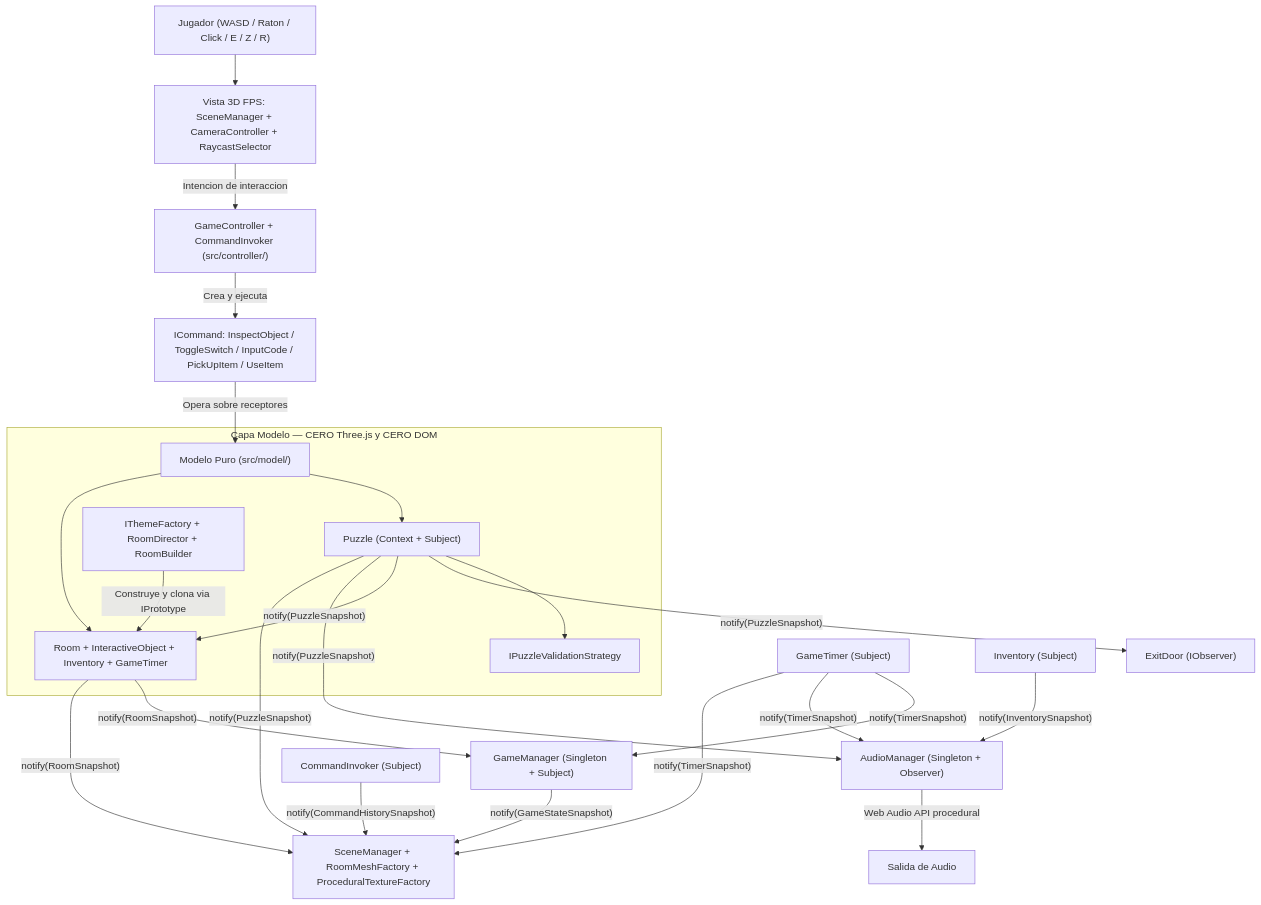
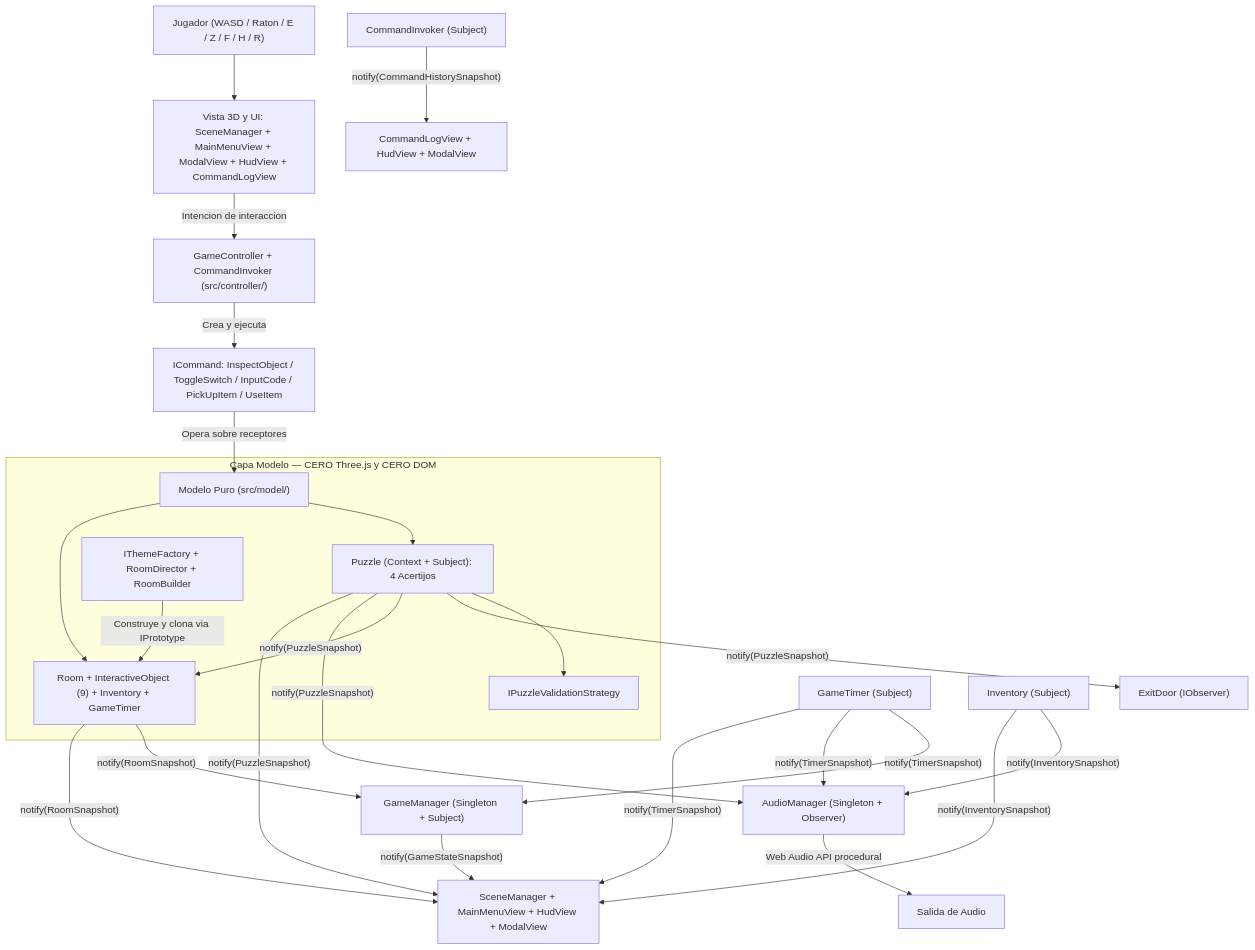
The first of 3 diagrams in docs/ARCHITECTURE.md (Pol-Codificador/escapate-3d-to), drawn with Mermaid before and after one commit. The commit also changed other lines of this file and 27 other files, not shown here.

Commit message:
feat: implementar Fase 3 con 4 acertijos multi-pista, iluminacion y decoracion 3D, modales interactivos y HUD completo

````diff
--- a/docs/ARCHITECTURE.md
+++ b/docs/ARCHITECTURE.md
@@ -41,29 +40,30 @@
 ```mermaid
 flowchart TD
-    Player["Jugador (WASD / Raton / Click / E / Z / R)"] --> ViewInput["Vista 3D FPS: SceneManager + CameraController + RaycastSelector"]
+    Player["Jugador (WASD / Raton / E / Z / F / H / R)"] --> ViewInput["Vista 3D y UI: SceneManager + MainMenuView + ModalView + HudView + CommandLogView"]
     ViewInput -->|"Intencion de interaccion"| Controller["GameController + CommandInvoker (src/controller/)"]
     Controller -->|"Crea y ejecuta"| Command["ICommand: InspectObject / ToggleSwitch / InputCode / PickUpItem / UseItem"]
     Command -->|"Opera sobre receptores"| ModelDomain["Modelo Puro (src/model/)"]
 
     subgraph ModelLayer["Capa Modelo — CERO Three.js y CERO DOM"]
-        ModelDomain --> Puzzle["Puzzle (Context + Subject)"]
+        ModelDomain --> Puzzle["Puzzle (Context + Subject): 4 Acertijos"]
         Puzzle --> Strategy["IPuzzleValidationStrategy"]
-        ModelDomain --> Room["Room + InteractiveObject + Inventory + GameTimer"]
+        ModelDomain --> Room["Room + InteractiveObject (9) + Inventory + GameTimer"]
         Factories["IThemeFactory + RoomDirector + RoomBuilder"] -->|"Construye y clona via IPrototype"| Room
     end
 
     Puzzle -->|"notify(PuzzleSnapshot)"| ExitDoor["ExitDoor (IObserver)"]
     Puzzle -->|"notify(PuzzleSnapshot)"| Room
     Room -->|"notify(RoomSnapshot)"| GameManager["GameManager (Singleton + Subject)"]
     Timer["GameTimer (Subject)"] -->|"notify(TimerSnapshot)"| GameManager
     Timer -->|"notify(TimerSnapshot)"| AudioManager["AudioManager (Singleton + Observer)"]
     Puzzle -->|"notify(PuzzleSnapshot)"| AudioManager
     Inventory["Inventory (Subject)"] -->|"notify(InventorySnapshot)"| AudioManager
 
-    GameManager -->|"notify(GameStateSnapshot)"| ViewRender["SceneManager + RoomMeshFactory + ProceduralTextureFactory"]
+    GameManager -->|"notify(GameStateSnapshot)"| ViewRender["SceneManager + MainMenuView + HudView + ModalView"]
     Puzzle -->|"notify(PuzzleSnapshot)"| ViewRender
     Room -->|"notify(RoomSnapshot)"| ViewRender
     Timer -->|"notify(TimerSnapshot)"| ViewRender
-    CommandInvoker["CommandInvoker (Subject)"] -->|"notify(CommandHistorySnapshot)"| ViewRender
+    Inventory -->|"notify(InventorySnapshot)"| ViewRender
+    CommandInvoker["CommandInvoker (Subject)"] -->|"notify(CommandHistorySnapshot)"| CommandLogView["CommandLogView + HudView + ModalView"]
     AudioManager -->|"Web Audio API procedural"| SoundOut["Salida de Audio"]
 ```
````
